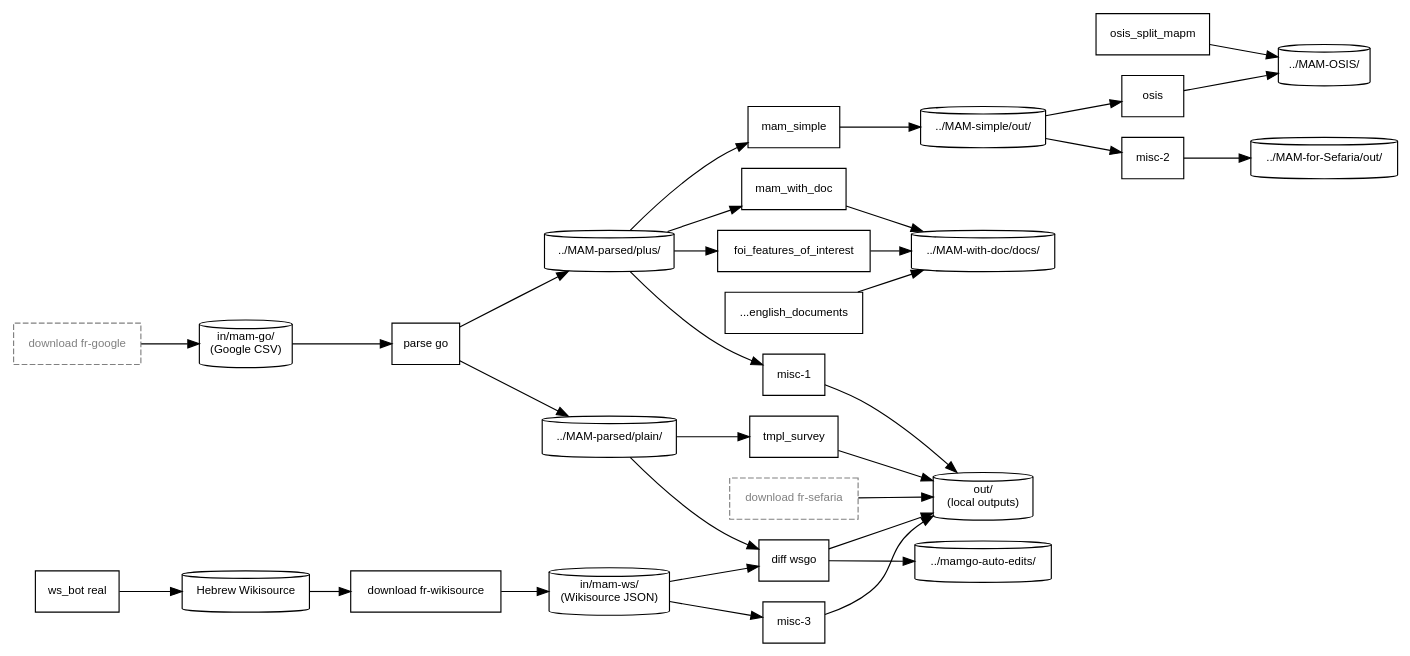
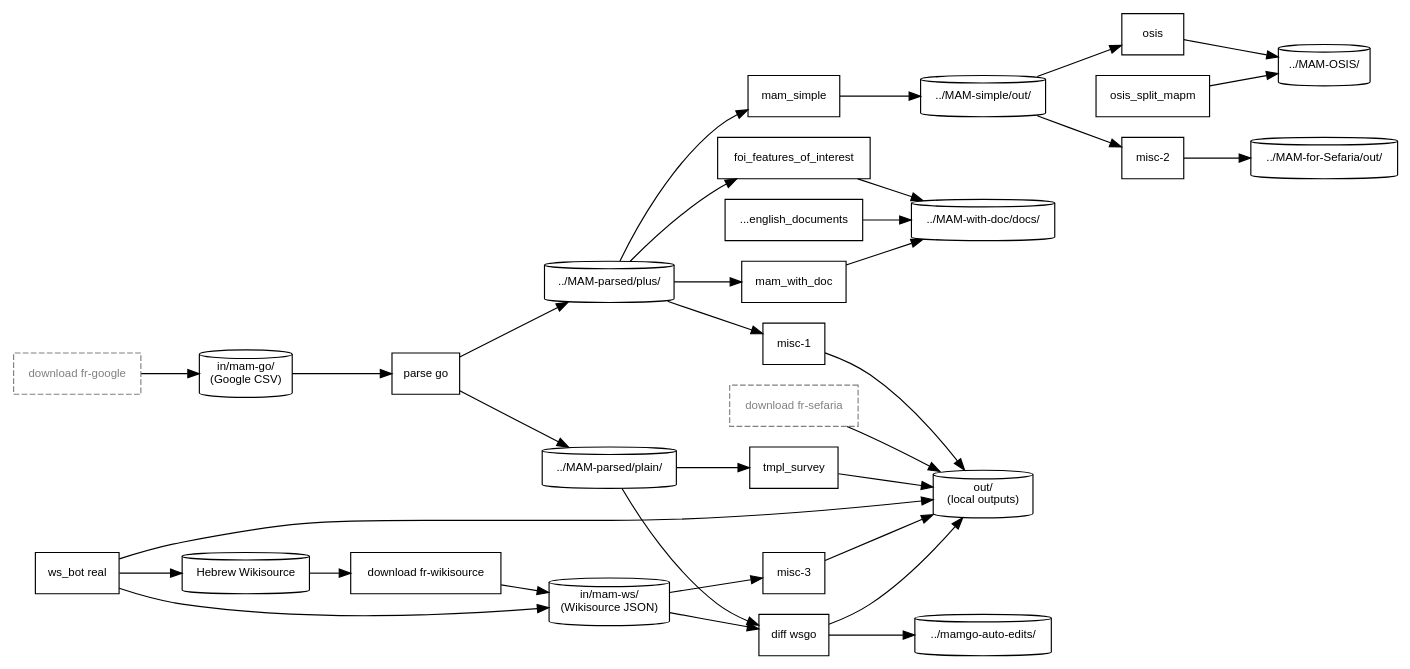
Before and after one commit to bdenckla/MAM-basics: the diagram in doc/process-documentation/pipeline.dot, drawn with Graphviz. The commit also changed 5 other files, not shown here.

First line of the commit message:
Document ws_bot real post-download default dataflow

```diff
--- a/doc/process-documentation/pipeline.dot
+++ b/doc/process-documentation/pipeline.dot
@@ -1,90 +1,92 @@
 digraph mam_pipeline {
     // Generated by py/main_pipeline_graph.py from structured pipeline data.
     // Do not edit this file by hand; edit py/pipeline_graph/pipeline_graph_spec.py instead.
     rankdir=LR;
     node [fontname="Helvetica", fontsize=10];
     edge [fontname="Helvetica", fontsize=9];
 
     // ── Data stores ──
     node [shape=cylinder];
     ds_go_csv        [label="in/mam-go/\n(Google CSV)"];
     ds_parsed_plus   [label="../MAM-parsed/plus/"];
     ds_parsed_plain  [label="../MAM-parsed/plain/"];
     ds_ws            [label="in/mam-ws/\n(Wikisource JSON)"];
     src_ws_live      [label="Hebrew Wikisource"];
     ds_simple        [label="../MAM-simple/out/"];
     ds_with_doc      [label="../MAM-with-doc/docs/"];
     ds_sefaria       [label="../MAM-for-Sefaria/out/"];
     ds_osis          [label="../MAM-OSIS/"];
     ds_out           [label="out/\n(local outputs)"];
     ds_mamgo_auto    [label="../mamgo-auto-edits/"];
 
     // ── External prerequisites (not part of _STEPS) ──
     node [shape=box, style=dashed, color=gray, fontcolor=gray];
     download_go      [label="download fr-google"];
     download_sef     [label="download fr-sefaria"];
     download_ws      [label="download fr-wikisource", style="", color="", fontcolor=""];
 
     // ── Pipeline steps ──
     node [shape=box, style="", color="", fontcolor=""];
     parse_go         [label="parse go"];
     foi              [label="foi_features_of_interest"];
     mam_with_doc     [label="mam_with_doc"];
     tmpl_survey      [label="tmpl_survey"];
     mam_simple       [label="mam_simple"];
     misc_2           [label="misc-2"];
     osis             [label="osis"];
     misc_1           [label="misc-1", tooltip="decnreub\nmultimark\nwordlist\nexplicit_xataf\ndiff ctr-vs-mam"];
     diff_wsgo        [label="diff wsgo"];
     misc_3           [label="misc-3", tooltip="parse ws\nws_bot proto"];
     ws_bot           [label="ws_bot real"];
     gen_docs         [label="...english_documents"];
     osis_split       [label="osis_split_mapm"];
 
     // ── Edges ──
 
     // Google pipeline
     download_go     -> ds_go_csv;
     ds_go_csv       -> parse_go;
     parse_go        -> ds_parsed_plus;
     parse_go        -> ds_parsed_plain;
 
     // MAM-parsed consumers
     ds_parsed_plus  -> foi;
     ds_parsed_plus  -> mam_with_doc;
     ds_parsed_plus  -> mam_simple;
     ds_parsed_plus  -> misc_1;
     ds_parsed_plain -> tmpl_survey;
     ds_parsed_plain -> diff_wsgo;
 
     // MAM-with-doc outputs
     foi             -> ds_with_doc;
     mam_with_doc    -> ds_with_doc;
     gen_docs        -> ds_with_doc;
 
     // MAM-simple pipeline
     mam_simple      -> ds_simple;
     ds_simple       -> misc_2;
     ds_simple       -> osis;
     misc_2          -> ds_sefaria;
     osis            -> ds_osis;
     osis_split      -> ds_osis;
 
     // Local out/ outputs
     tmpl_survey     -> ds_out;
     misc_1          -> ds_out;
     diff_wsgo       -> ds_out;
     diff_wsgo       -> ds_mamgo_auto;
     misc_3          -> ds_out;
 
     // Wikisource pipeline
     src_ws_live     -> download_ws;
     download_ws     -> ds_ws;
     ds_ws           -> diff_wsgo;
     ds_ws           -> misc_3;
     ws_bot          -> src_ws_live;
+    ws_bot          -> ds_ws;
+    ws_bot          -> ds_out [tooltip="via automatic post-download reparse"];
 
     // Sefaria download (standalone)
     download_sef    -> ds_out;
 
 }
```
